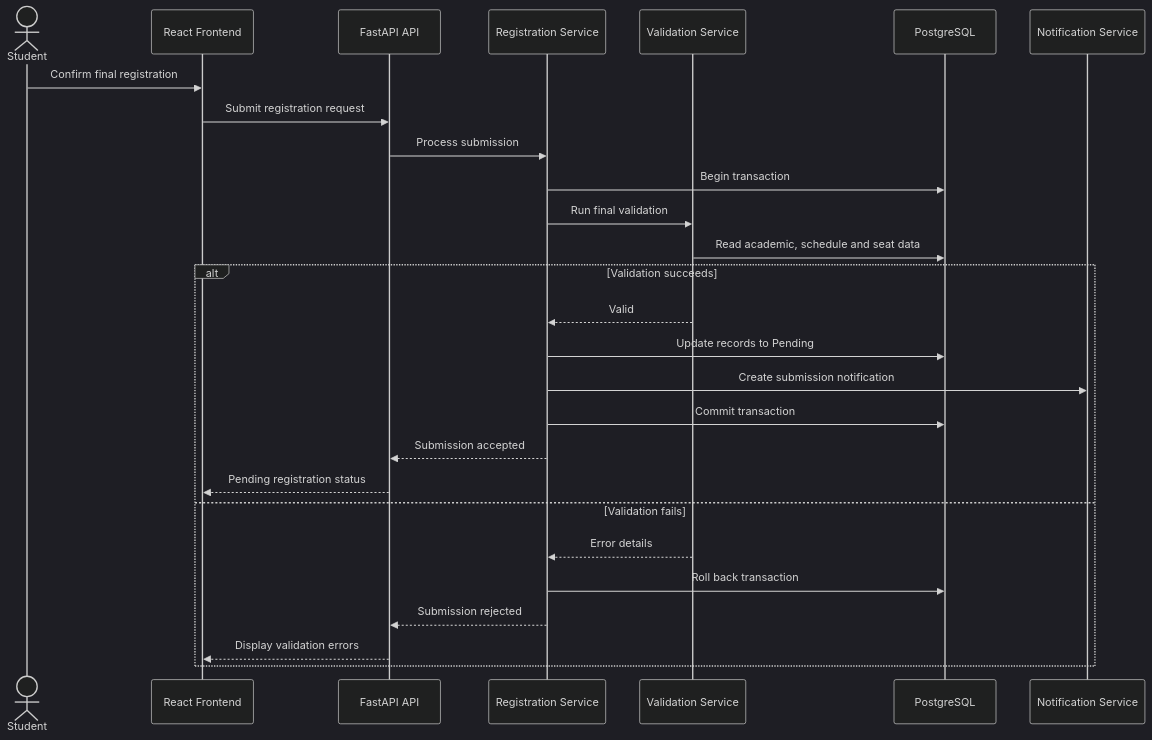
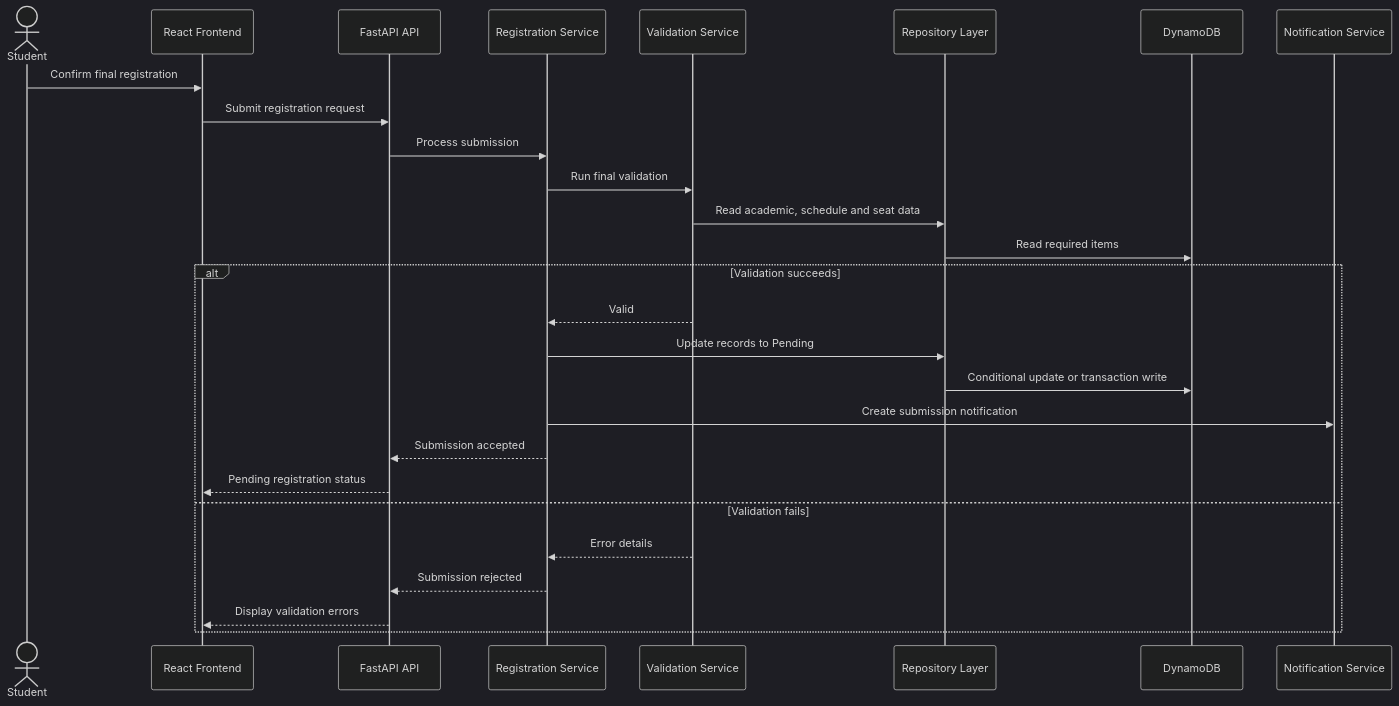
One commit to SS-Munna/CourseReg-wa changed the seventh of 8 diagrams in docs/20-tdd.md. Above: the diagram before and after it, drawn with Mermaid (dark theme). The commit also changed other lines of this file and 9 other files, not shown here.

Commit message:
docs: update database design for DynamoDB

````diff
--- a/docs/20-tdd.md
+++ b/docs/20-tdd.md
@@ -862,31 +1080,31 @@
 ```mermaid
 sequenceDiagram
     actor Student
     participant UI as React Frontend
     participant API as FastAPI API
     participant Registration as Registration Service
     participant Validation as Validation Service
-    participant Database as PostgreSQL
+    participant Repo as Repository Layer
+    participant DB as DynamoDB
     participant Notification as Notification Service
 
     Student->>UI: Confirm final registration
     UI->>API: Submit registration request
     API->>Registration: Process submission
-    Registration->>Database: Begin transaction
     Registration->>Validation: Run final validation
-    Validation->>Database: Read academic, schedule and seat data
+    Validation->>Repo: Read academic, schedule and seat data
+    Repo->>DB: Read required items
 
     alt Validation succeeds
         Validation-->>Registration: Valid
-        Registration->>Database: Update records to Pending
+        Registration->>Repo: Update records to Pending
+        Repo->>DB: Conditional update or transaction write
         Registration->>Notification: Create submission notification
-        Registration->>Database: Commit transaction
         Registration-->>API: Submission accepted
         API-->>UI: Pending registration status
     else Validation fails
         Validation-->>Registration: Error details
-        Registration->>Database: Roll back transaction
         Registration-->>API: Submission rejected
         API-->>UI: Display validation errors
     end
 ```
````
